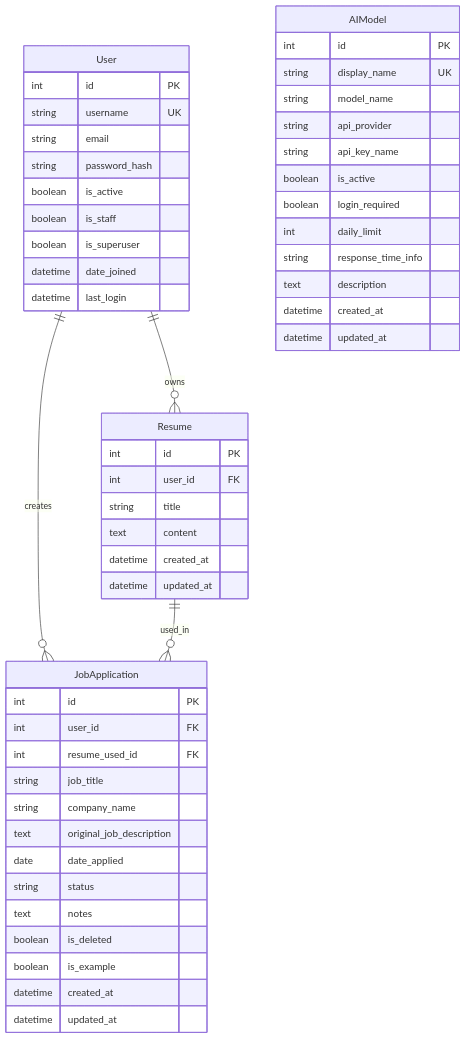
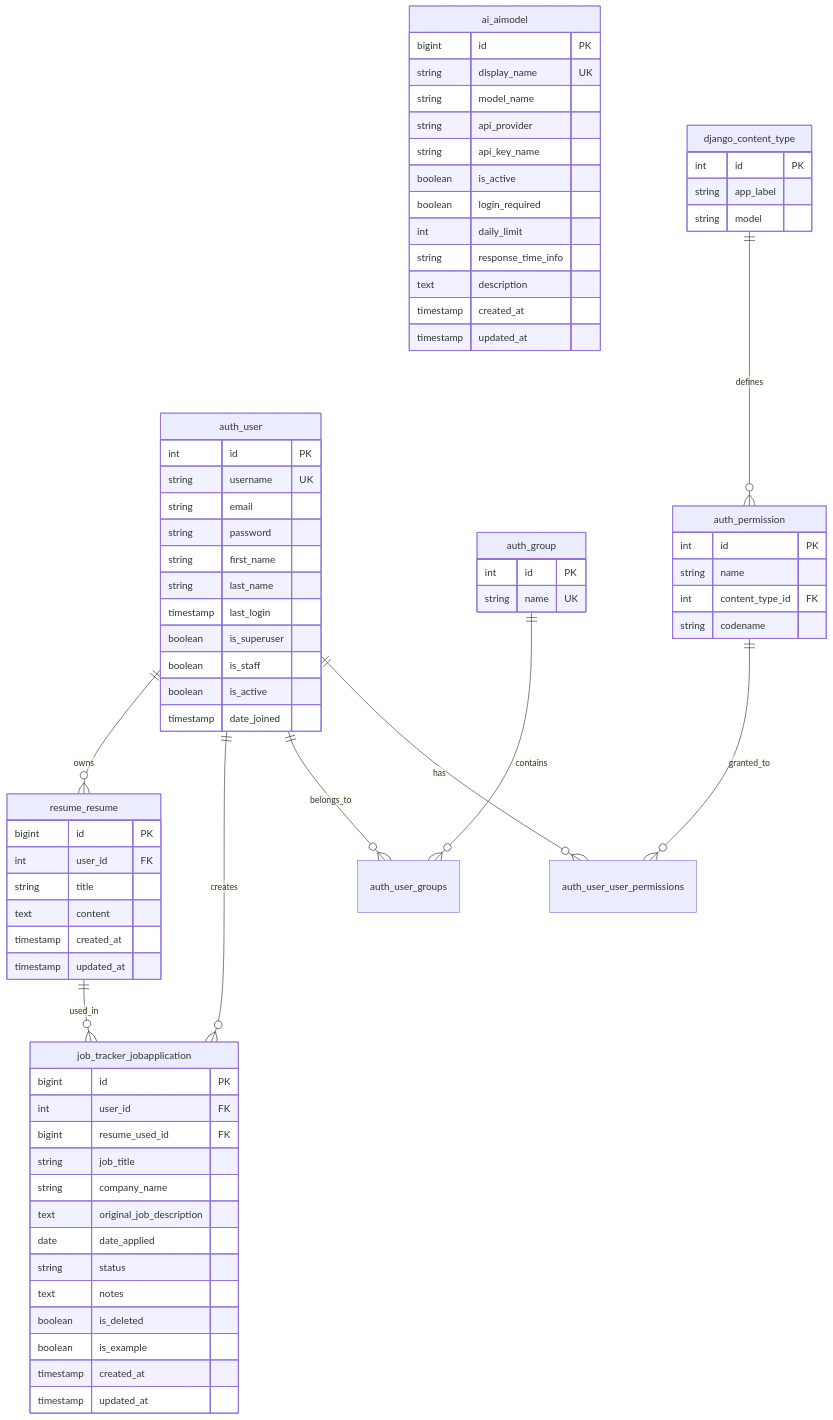
The second of 6 diagrams in docs/architecture/index.md (Arafat6462/ResuMate_API_Docs), drawn with Mermaid before and after one commit. The commit also changed other lines of this file, not shown here.

Commit message:
Update database schema documentati

````diff
--- a/docs/architecture/index.md
+++ b/docs/architecture/index.md
@@ -77,30 +77,32 @@
 ```mermaid
 erDiagram
-    User {
+    auth_user {
         int id PK
         string username UK
         string email
-        string password_hash
+        string password
+        string first_name
+        string last_name
+        timestamp last_login
+        boolean is_superuser
+        boolean is_staff
         boolean is_active
-        boolean is_staff
-        boolean is_superuser
-        datetime date_joined
-        datetime last_login
+        timestamp date_joined
     }
     
-    Resume {
-        int id PK
+    resume_resume {
+        bigint id PK
         int user_id FK
         string title
         text content
-        datetime created_at
-        datetime updated_at
+        timestamp created_at
+        timestamp updated_at
     }
     
-    JobApplication {
-        int id PK
+    job_tracker_jobapplication {
+        bigint id PK
         int user_id FK
-        int resume_used_id FK
+        bigint resume_used_id FK
         string job_title
         string company_name
         text original_job_description
@@ -109,12 +111,12 @@
         text notes
         boolean is_deleted
         boolean is_example
-        datetime created_at
-        datetime updated_at
+        timestamp created_at
+        timestamp updated_at
     }
     
-    AIModel {
-        int id PK
+    ai_aimodel {
+        bigint id PK
         string display_name UK
         string model_name
         string api_provider
@@ -124,11 +126,34 @@
         int daily_limit
         string response_time_info
         text description
-        datetime created_at
-        datetime updated_at
+        timestamp created_at
+        timestamp updated_at
     }
     
-    User ||--o{ Resume : "owns"
-    User ||--o{ JobApplication : "creates"
-    Resume ||--o{ JobApplication : "used_in"
+    auth_group {
+        int id PK
+        string name UK
+    }
+    
+    auth_permission {
+        int id PK
+        string name
+        int content_type_id FK
+        string codename
+    }
+    
+    django_content_type {
+        int id PK
+        string app_label
+        string model
+    }
+    
+    auth_user ||--o{ resume_resume : "owns"
+    auth_user ||--o{ job_tracker_jobapplication : "creates"
+    resume_resume ||--o{ job_tracker_jobapplication : "used_in"
+    auth_user ||--o{ auth_user_groups : "belongs_to"
+    auth_group ||--o{ auth_user_groups : "contains"
+    auth_user ||--o{ auth_user_user_permissions : "has"
+    auth_permission ||--o{ auth_user_user_permissions : "granted_to"
+    django_content_type ||--o{ auth_permission : "defines"
 ```
````
